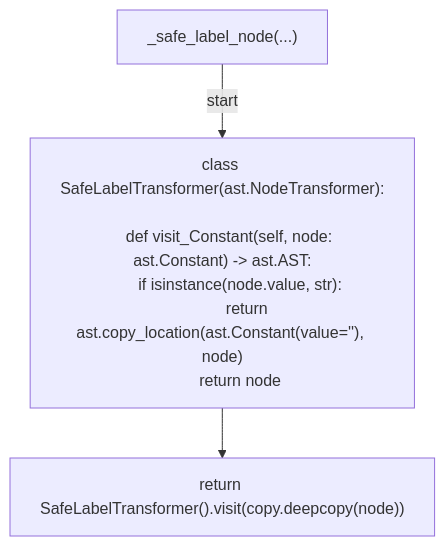
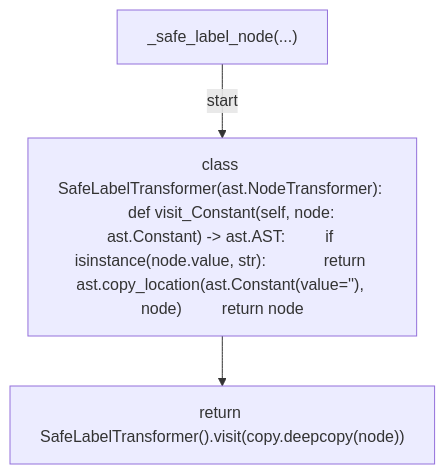
The third of 20 diagrams in docs/generated/scripts/ast/script_ast_graph.md (tvna/claude-md), drawn with Mermaid before and after one commit. The commit also changed other lines of this file and 23 other files, not shown here.

First line of the commit message:
docs(generated): regenerate decision tree and workflow diagrams (batch 4/5)

````diff
--- a/docs/generated/scripts/ast/script_ast_graph.md
+++ b/docs/generated/scripts/ast/script_ast_graph.md
@@ -31,13 +31,8 @@
 ```mermaid
 flowchart TD
     N001["_safe_label_node(...)"]
-    N002["class SafeLabelTransformer(ast.NodeTransformer):
-
-    def visit_Constant(self, node: ast.Constant) -> ast.AST:
-        if isinstance(node.value, str):
-            return ast.copy_location(ast.Constant(value='<str>'), node)
-        return node"]
+    N002["class SafeLabelTransformer(ast.NodeTransformer):      def visit_Constant(self, node: ast.Constant) -> ast.AST:         if isinstance(node.value, str):             return ast.copy_location(ast.Constant(value='<str>'), node)         return node"]
     N003["return SafeLabelTransformer().visit(copy.deepcopy(node))"]
     N001 -->|"start"| N002
     N002 --> N003
 ```
````
